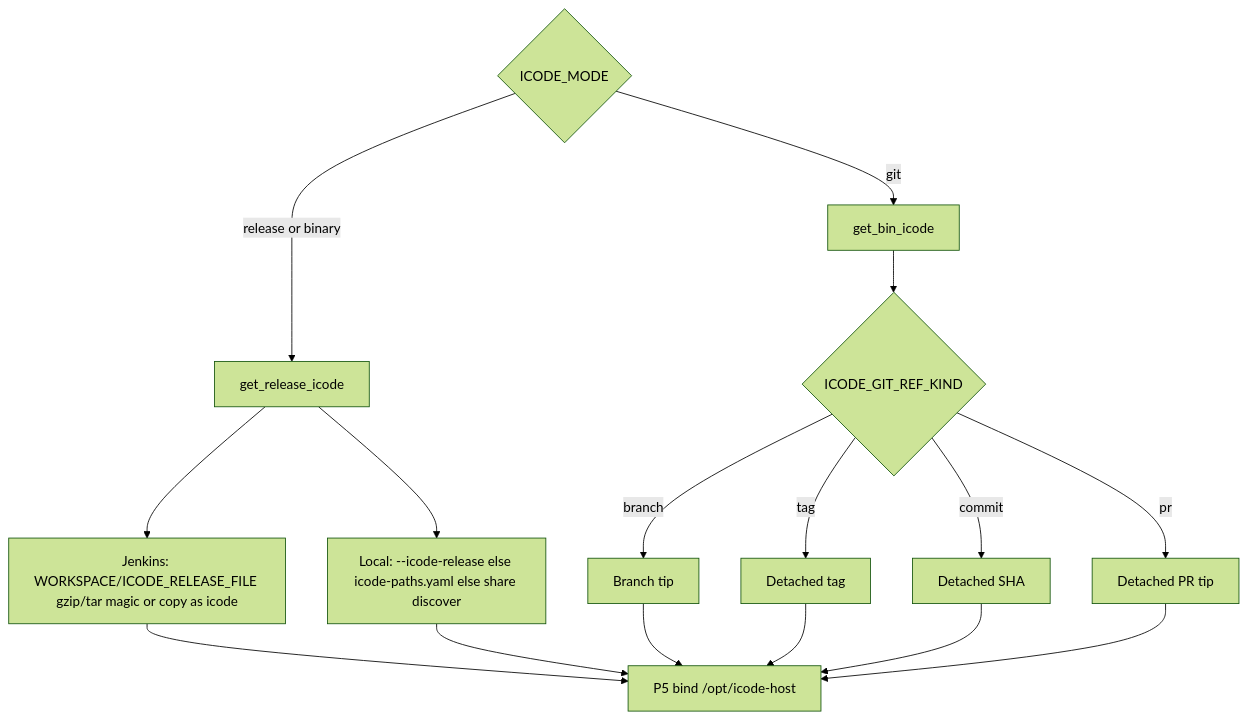
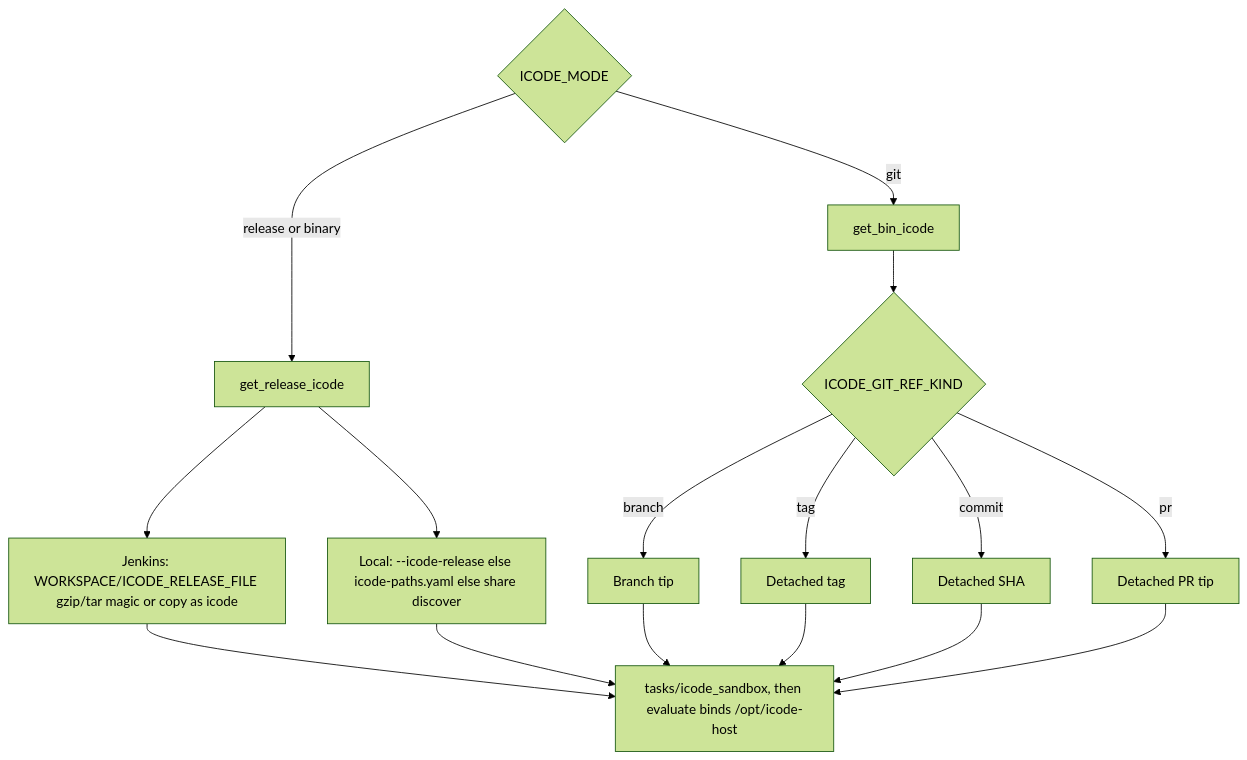
Before and after one commit to Toby-Yu/mac-k3d: the diagram in docs/icode-harness-inputs.md, drawn with Mermaid (forest theme). The commit also changed other lines of this file and 126 other files, not shown here.

````diff
--- a/docs/icode-harness-inputs.md
+++ b/docs/icode-harness-inputs.md
@@ -14,19 +14,19 @@
 ```mermaid
 flowchart TD
   mode{ICODE_MODE}
   mode -->|release or binary| relFn[get_release_icode]
   mode -->|git| gitFn[get_bin_icode]
   relFn --> jenkinsUp["Jenkins: WORKSPACE/ICODE_RELEASE_FILE gzip/tar magic or copy as icode"]
   relFn --> localR["Local: --icode-release else icode-paths.yaml else share discover"]
   gitFn --> kinds{ICODE_GIT_REF_KIND}
   kinds -->|branch| br[Branch tip]
   kinds -->|tag| tg[Detached tag]
   kinds -->|commit| cm[Detached SHA]
   kinds -->|pr| prn[Detached PR tip]
-  jenkinsUp --> p5[P5 bind /opt/icode-host]
+  jenkinsUp --> p5[tasks/icode_sandbox, then evaluate binds /opt/icode-host]
   localR --> p5
   br --> p5
   tg --> p5
   cm --> p5
   prn --> p5
 ```
````
